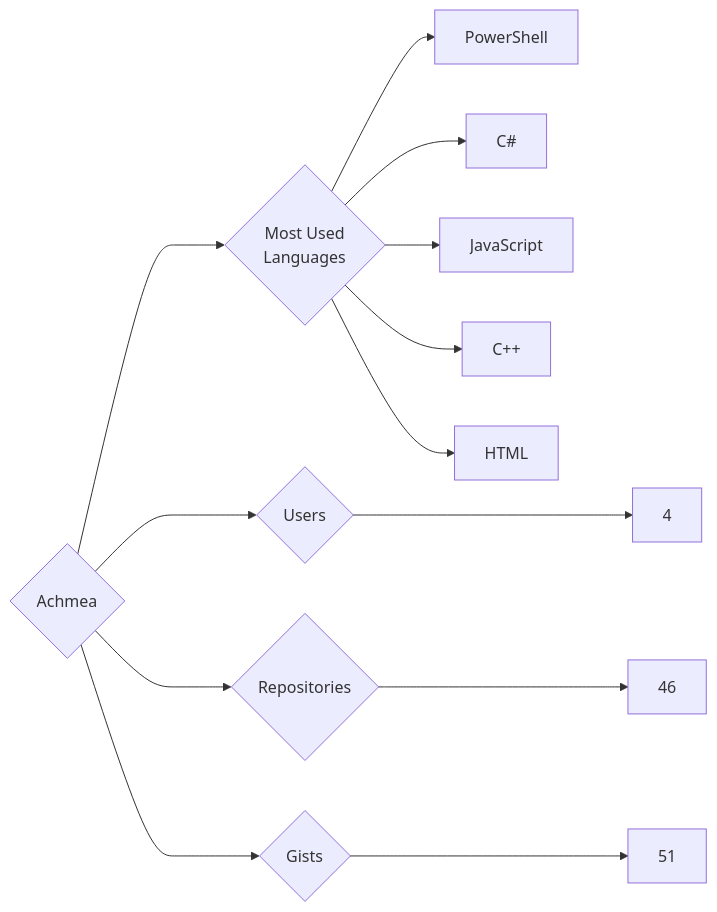
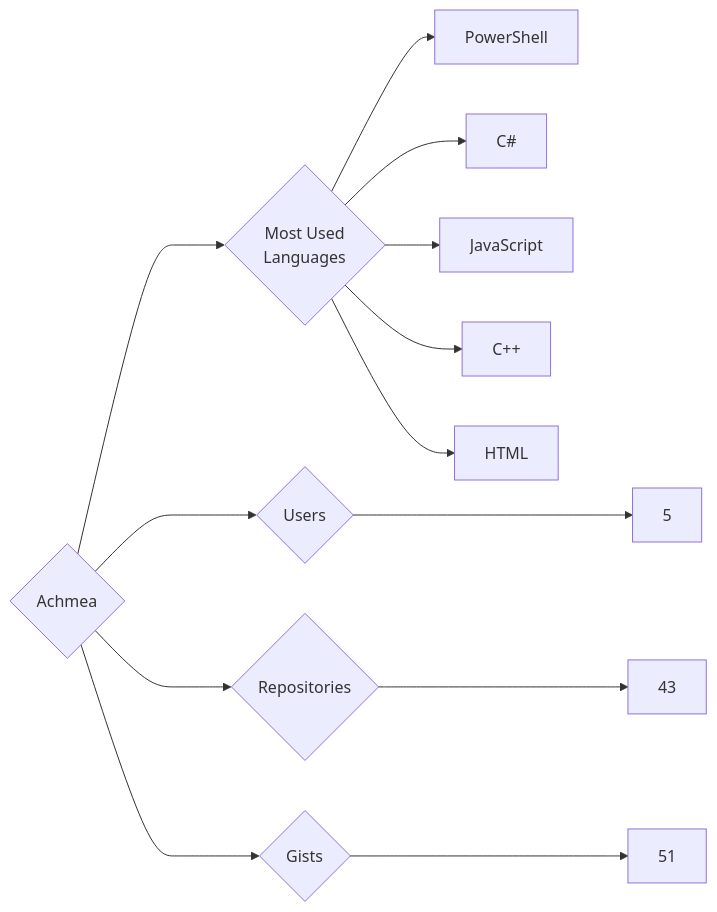
Before and after one commit to trickest/insiders: the diagram in targets/Achmea/README.md, drawn with Mermaid. The commit also changed 933 other files, not shown here.

````diff
--- a/targets/Achmea/README.md
+++ b/targets/Achmea/README.md
@@ -3,13 +3,13 @@
 ```mermaid
 graph LR
 COMPANY_NAME{Achmea}
-COMPANY_NAME ---> U{Users} ---> UN[4]
-COMPANY_NAME ---> R{Repositories} ---> RN[46]
+COMPANY_NAME ---> U{Users} ---> UN[5]
+COMPANY_NAME ---> R{Repositories} ---> RN[43]
 COMPANY_NAME ---> G{Gists} ---> GN[51]
 COMPANY_NAME ---> ML{Most Used<br>Languages}
 ML --> PowerShell[PowerShell]
 ML --> C#[C#]
 ML --> JavaScript[JavaScript]
 ML --> C++[C++]
 ML --> HTML[HTML]
 ```
````
